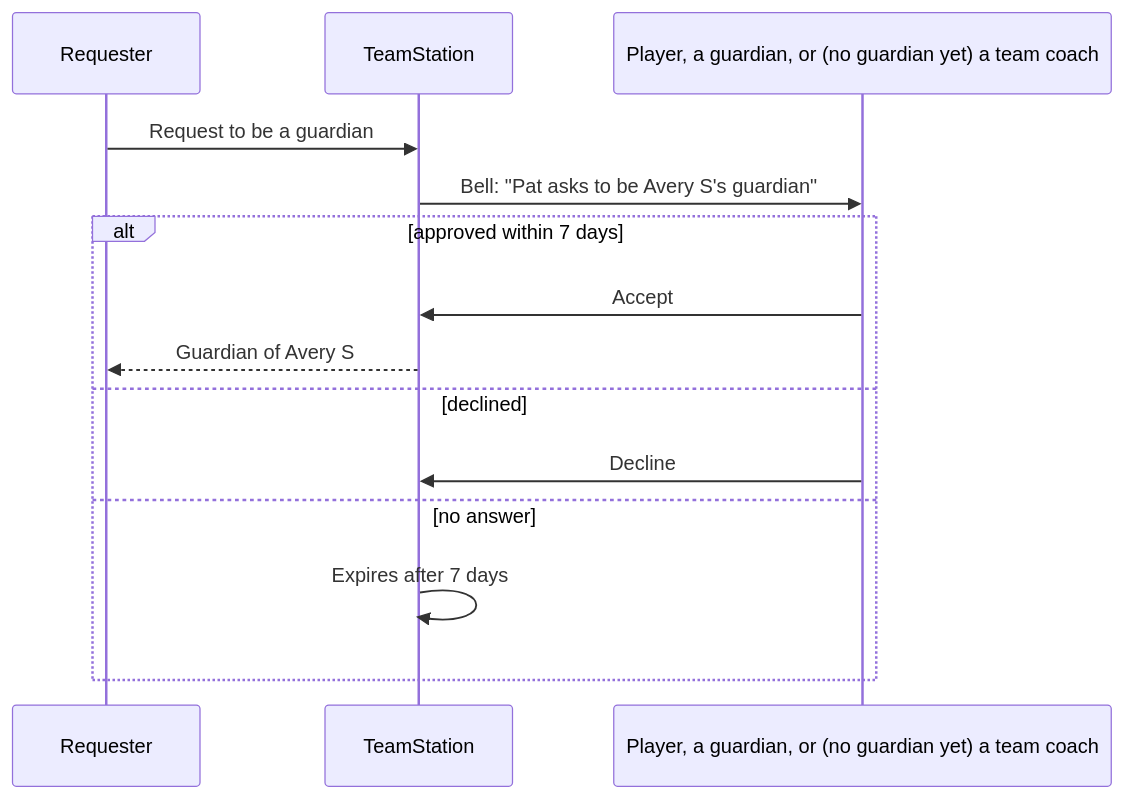
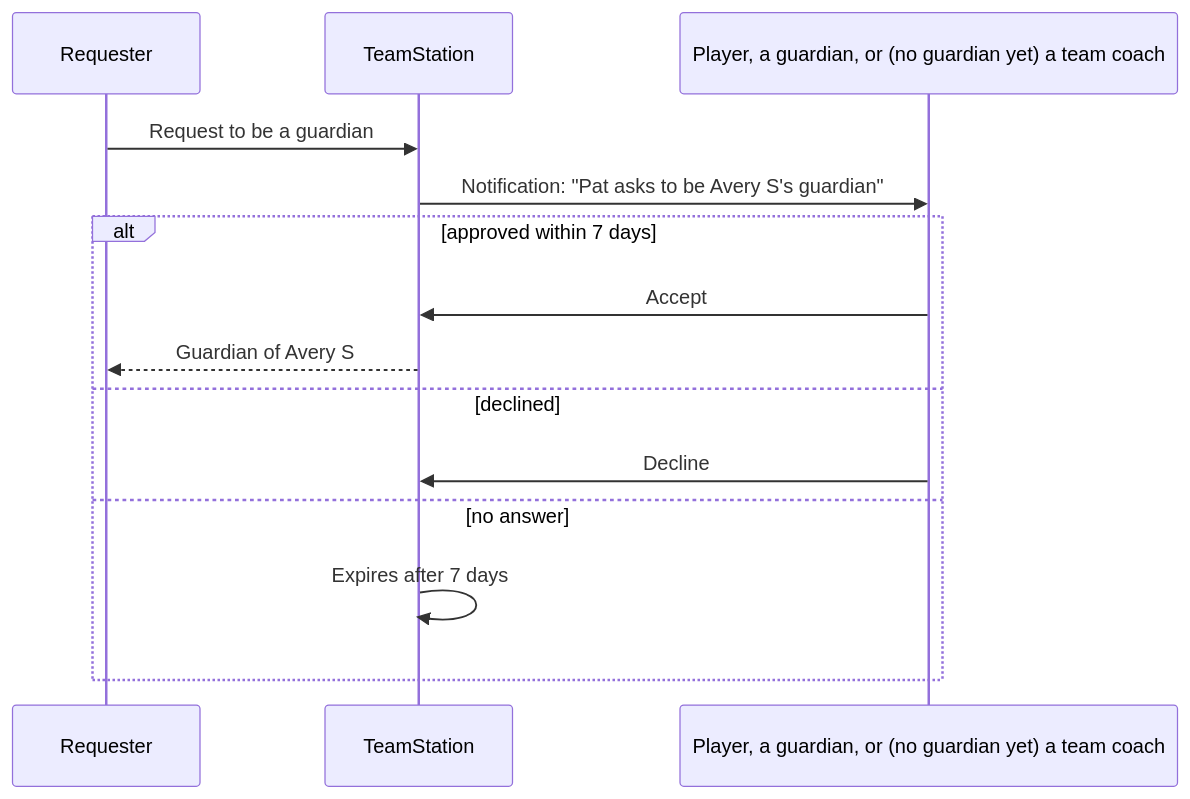
Before and after one commit to TeamStationApp/teamstation: the fifth of 9 diagrams in docs/permissions.md, drawn with Mermaid. The commit also changed other lines of this file and 48 other files, not shown here.

````diff
--- a/docs/permissions.md
+++ b/docs/permissions.md
@@ -351,16 +351,16 @@
 ```mermaid
 sequenceDiagram
   participant R as Requester
   participant TS as TeamStation
   participant A as Player, a guardian, or (no guardian yet) a team coach
   R->>TS: Request to be a guardian
-  TS->>A: Bell: "Pat asks to be Avery S's guardian"
+  TS->>A: Notification: "Pat asks to be Avery S's guardian"
   alt approved within 7 days
     A->>TS: Accept
     TS-->>R: Guardian of Avery S
   else declined
     A->>TS: Decline
   else no answer
     TS->>TS: Expires after 7 days
   end
 ```
````
